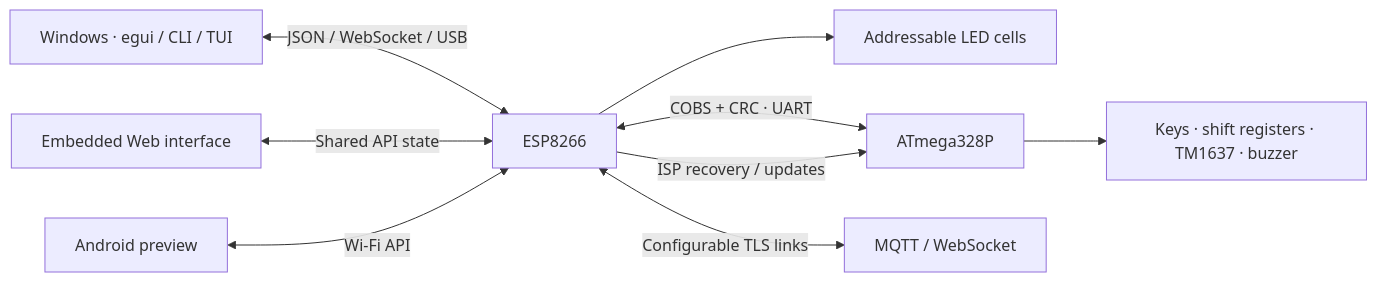
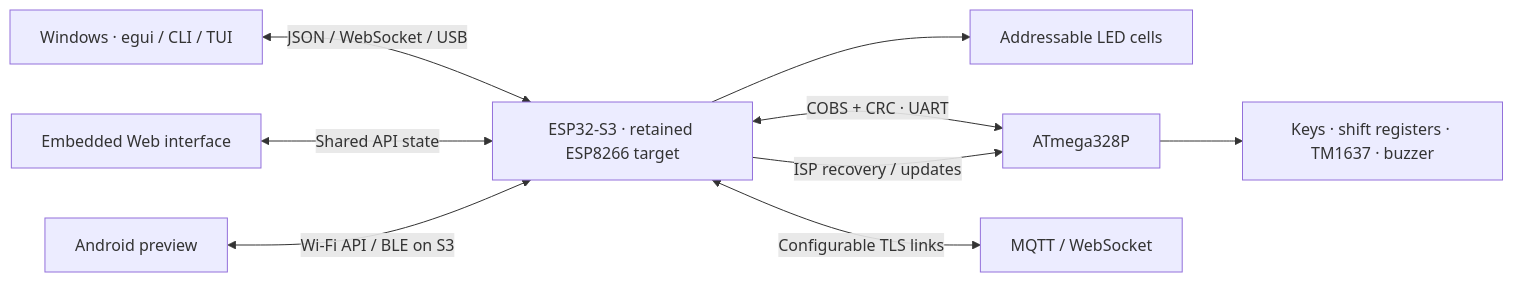
One commit to atomicdeploy/PakarController changed the diagram in README.md. Above: the diagram before and after it, drawn with Mermaid. The commit also changed other lines of this file and 40 other files, not shown here.

Commit message:
Add ESP32-S3 BLE control and Flutter offline transport

````diff
--- a/README.md
+++ b/README.md
@@ -46,11 +46,11 @@
 ```mermaid
 flowchart LR
-    Desktop[Windows · egui / CLI / TUI] <-->|JSON / WebSocket / USB| ESP[ESP8266]
+    Desktop[Windows · egui / CLI / TUI] <-->|JSON / WebSocket / USB| ESP[ESP32-S3 · retained ESP8266 target]
     Web[Embedded Web interface] <-->|Shared API state| ESP
-    Mobile[Android preview] <-->|Wi-Fi API| ESP
+    Mobile[Android preview] <-->|Wi-Fi API / BLE on S3| ESP
     ESP --> LEDs[Addressable LED cells]
     ESP <-->|COBS + CRC · UART| AVR[ATmega328P]
     ESP -->|ISP recovery / updates| AVR
     AVR --> Panel[Keys · shift registers · TM1637 · buzzer]
     ESP <-->|Configurable TLS links| Cloud[MQTT / WebSocket]
 ```
````
